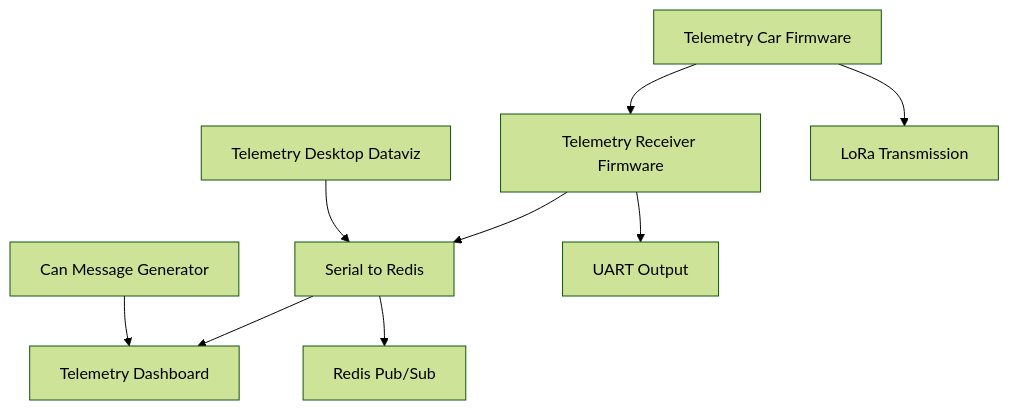
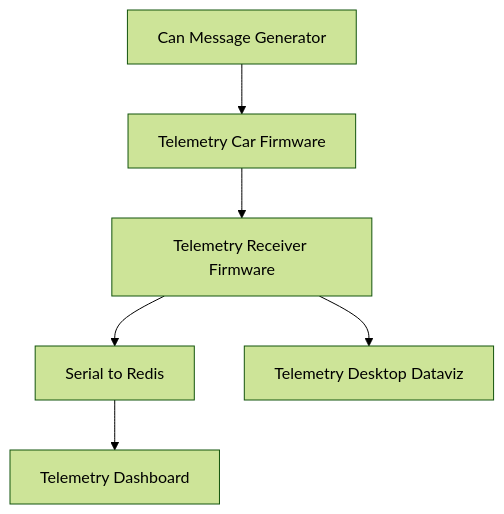
Before and after one commit to FormulaBuckeyes/.github: the diagram in profile/README.md, drawn with Mermaid (forest theme).

````diff
--- a/profile/README.md
+++ b/profile/README.md
@@ -66,11 +66,8 @@
 ```mermaid
 graph TD
     A[Telemetry Car Firmware] --> B[Telemetry Receiver Firmware]
     B --> C[Serial to Redis]
     C --> D[Telemetry Dashboard]
-    E[Can Message Generator] --> D
-    F[Telemetry Desktop Dataviz] --> C
-    A --> G[LoRa Transmission]
-    B --> H[UART Output]
-    C --> I[Redis Pub/Sub]
+    E[Can Message Generator] --> A
+    B --> F[Telemetry Desktop Dataviz]
 ```
````
